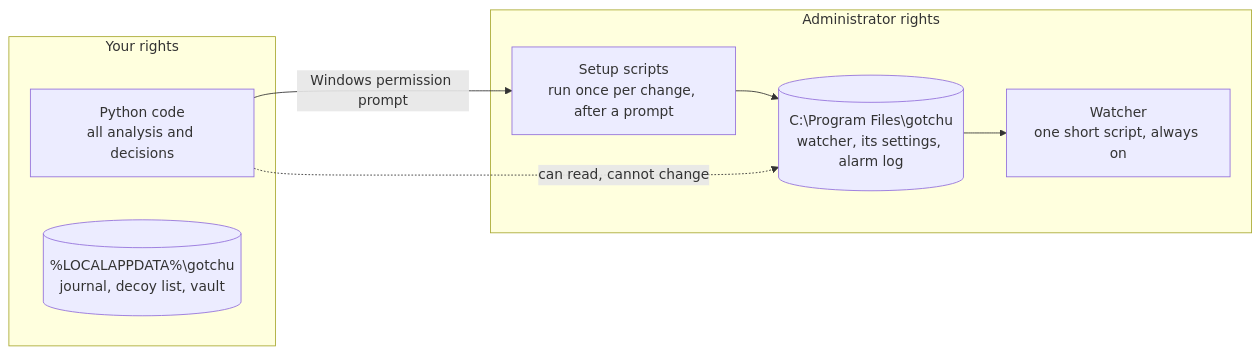
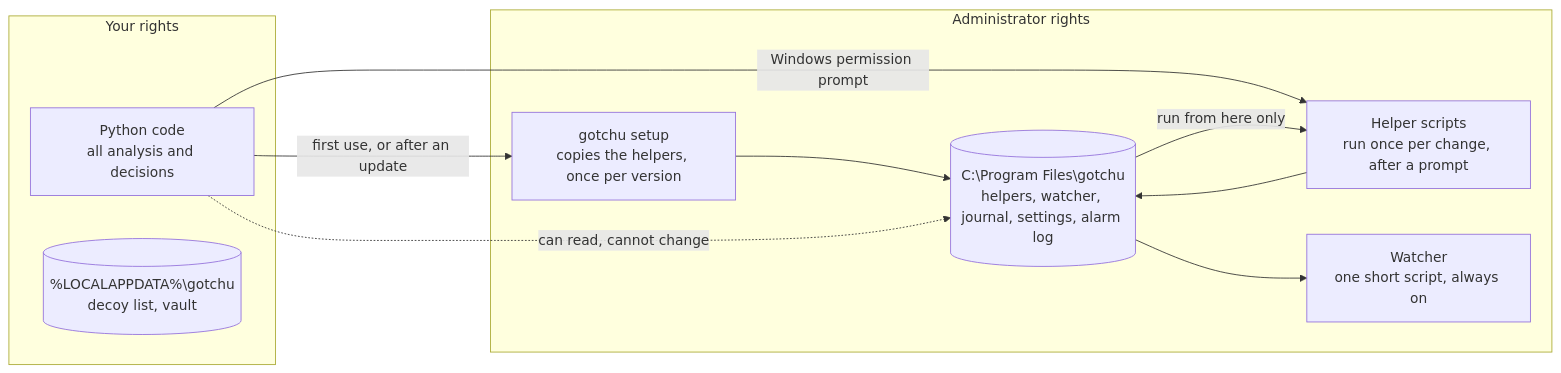
Before and after one commit to AnshMittal08/GotchU: the second of 7 diagrams in docs/ARCHITECTURE.md, drawn with Mermaid. The commit also changed other lines of this file and 5 other files, not shown here.

First line of the commit message:
Docs: Program Files helpers, decoy safety, setup command, licence

````diff
--- a/docs/ARCHITECTURE.md
+++ b/docs/ARCHITECTURE.md
@@ -63,16 +63,19 @@
 ```mermaid
 flowchart LR
     subgraph you["Your rights"]
         py["Python code<br/>all analysis and decisions"]
-        state[("%LOCALAPPDATA%\gotchu<br/>journal, decoy list, vault")]
+        state[("%LOCALAPPDATA%\gotchu<br/>decoy list, vault")]
     end
     subgraph admin["Administrator rights"]
-        once["Setup scripts<br/>run once per change, after a prompt"]
+        install["gotchu setup<br/>copies the helpers, once per version"]
+        once["Helper scripts<br/>run once per change, after a prompt"]
         bg["Watcher<br/>one short script, always on"]
-        pf[("C:\Program Files\gotchu<br/>watcher, its settings, alarm log")]
+        pf[("C:\Program Files\gotchu<br/>helpers, watcher, journal, settings, alarm log")]
     end
+    py -- "first use, or after an update" --> install --> pf
     py -- "Windows permission prompt" --> once
+    pf -- "run from here only" --> once
     once --> pf
     pf --> bg
     py -. "can read, cannot change" .-> pf
 ```
````
